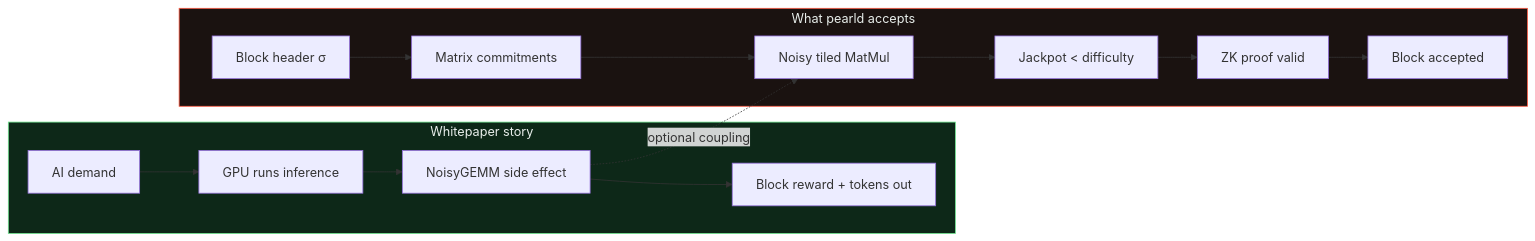
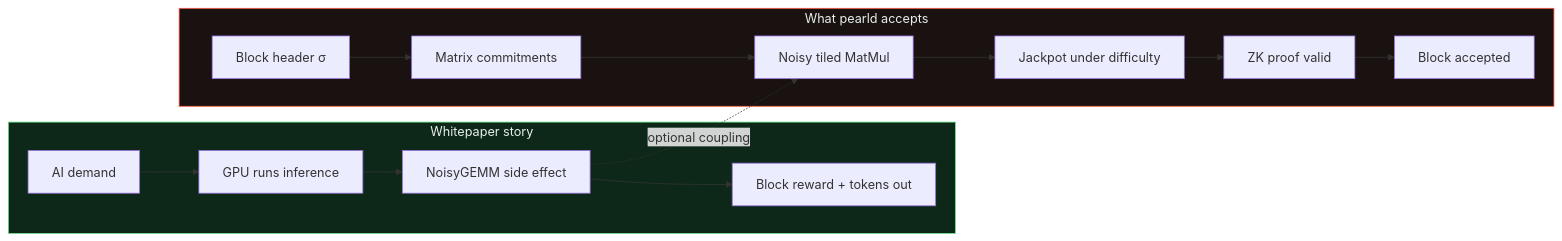
Before and after one commit to agtico/agtico.github.io: the first of 3 diagrams in _posts/2026-05-23-pearl-pouw-useful-work-asic-analysis.md, drawn with Mermaid. The commit also changed other lines of this file and 2 other files, not shown here.

```diff
--- a/_posts/2026-05-23-pearl-pouw-useful-work-asic-analysis.md
+++ b/_posts/2026-05-23-pearl-pouw-useful-work-asic-analysis.md
@@ -112,21 +107,21 @@
-<pre class="mermaid">
+    <div class="mermaid">
 flowchart LR
   subgraph promise ["Whitepaper story"]
     A1[AI demand] --> A2[GPU runs inference]
     A2 --> A3[NoisyGEMM side effect]
     A3 --> A4[Block reward + tokens out]
   end
 
   subgraph protocol ["What pearld accepts"]
     B1[Block header σ] --> B2[Matrix commitments]
     B2 --> B3[Noisy tiled MatMul]
-    B3 --> B4[Jackpot &lt; difficulty]
+    B3 --> B4[Jackpot under difficulty]
     B4 --> B5[ZK proof valid]
     B5 --> B6[Block accepted]
   end
 
   A3 -. optional coupling .-> B3
 
   style promise fill:#0d2818,stroke:#6ee58f,color:#e8eeeb
   style protocol fill:#1a1210,stroke:#ff5a42,color:#e8eeeb
-</pre>
+    </div>
```
